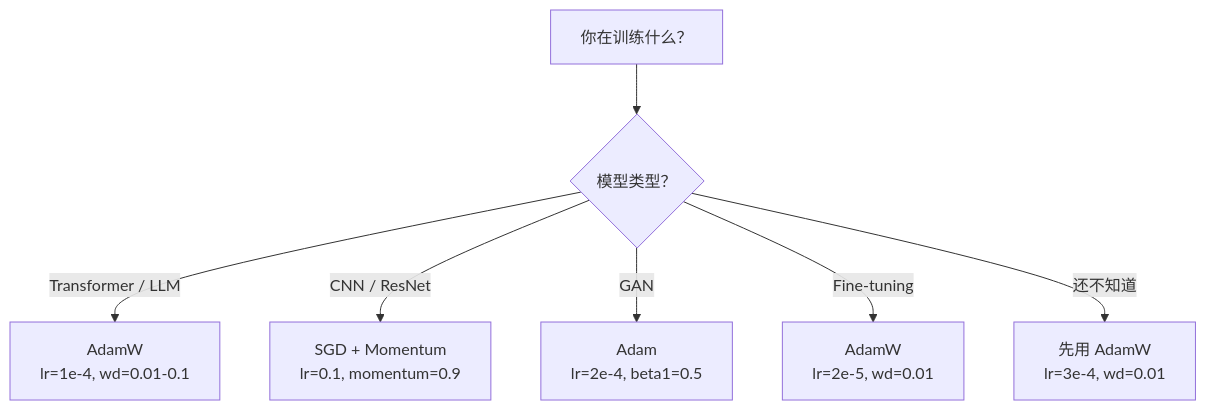
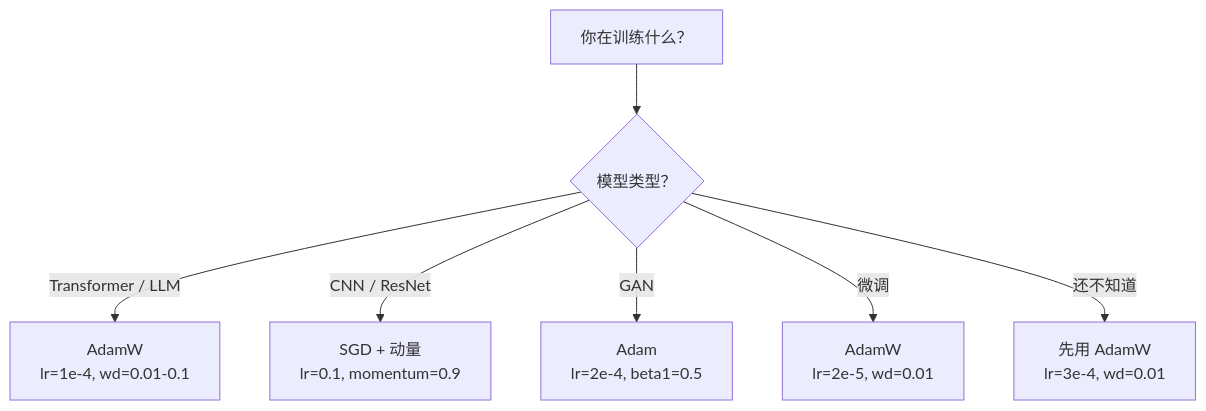
One commit to omigaZen/ai-engineering-from-scratch changed the third of 3 diagrams in phases/03-deep-learning-core/06-optimizers/docs/zh.md. Above: the diagram before and after it, drawn with Mermaid. The commit also changed other lines of this file, not shown here.

Commit message:
feat(phase-03/06): polish optimizers text

````diff
--- a/phases/03-deep-learning-core/06-optimizers/docs/zh.md
+++ b/phases/03-deep-learning-core/06-optimizers/docs/zh.md
@@ -156,10 +156,10 @@
 ```mermaid
 flowchart TD
     Task["你在训练什么？"] --> Type{"模型类型？"}
 
     Type -->|"Transformer / LLM"| AdamW["AdamW<br/>lr=1e-4, wd=0.01-0.1"]
-    Type -->|"CNN / ResNet"| SGD_M["SGD + Momentum<br/>lr=0.1, momentum=0.9"]
+    Type -->|"CNN / ResNet"| SGD_M["SGD + 动量<br/>lr=0.1, momentum=0.9"]
     Type -->|"GAN"| Adam2["Adam<br/>lr=2e-4, beta1=0.5"]
-    Type -->|"Fine-tuning"| AdamW2["AdamW<br/>lr=2e-5, wd=0.01"]
+    Type -->|"微调"| AdamW2["AdamW<br/>lr=2e-5, wd=0.01"]
     Type -->|"还不知道"| Default["先用 AdamW<br/>lr=3e-4, wd=0.01"]
 ```
````
